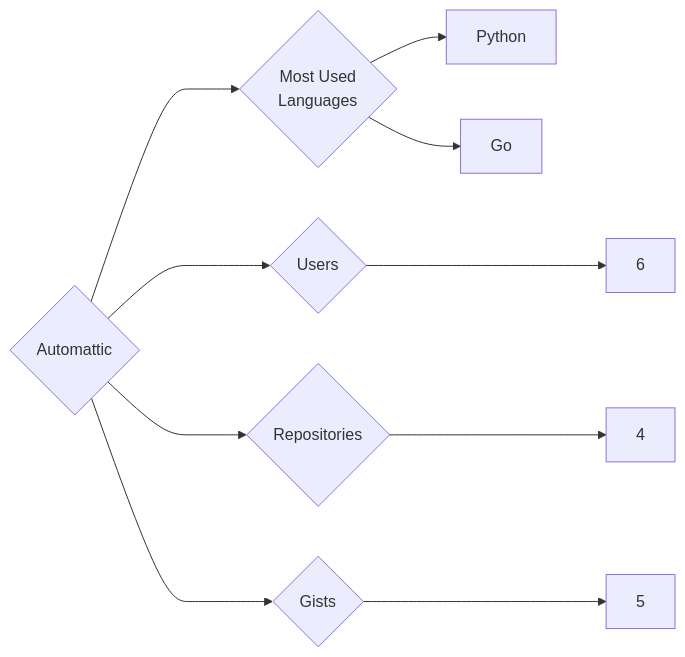
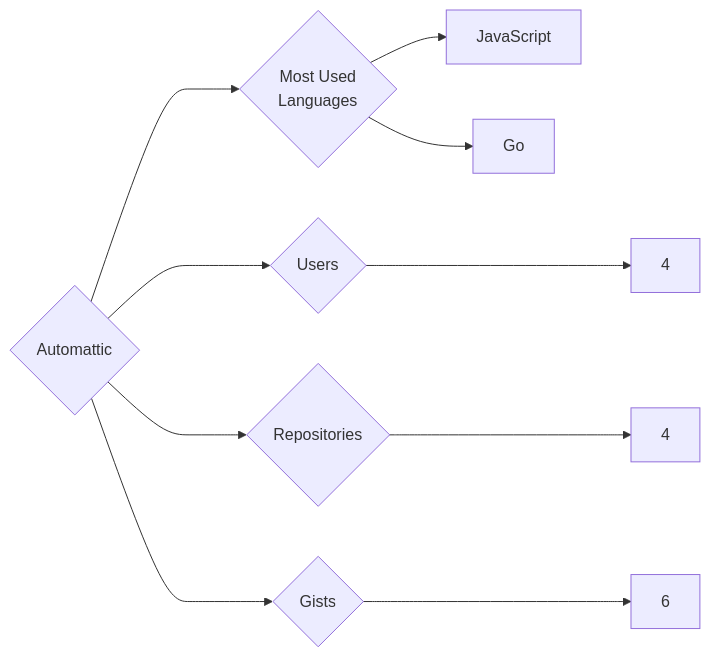
One commit to trickest/insiders changed the diagram in targets/Automattic/README.md. Above: the diagram before and after it, drawn with Mermaid. The commit also changed 1149 other files, not shown here.

````diff
--- a/targets/Automattic/README.md
+++ b/targets/Automattic/README.md
@@ -3,10 +3,10 @@
 ```mermaid
 graph LR
 COMPANY_NAME{Automattic}
-COMPANY_NAME ---> U{Users} ---> UN[6]
+COMPANY_NAME ---> U{Users} ---> UN[4]
 COMPANY_NAME ---> R{Repositories} ---> RN[4]
-COMPANY_NAME ---> G{Gists} ---> GN[5]
+COMPANY_NAME ---> G{Gists} ---> GN[6]
 COMPANY_NAME ---> ML{Most Used<br>Languages}
-ML --> Python[Python]
+ML --> JavaScript[JavaScript]
 ML --> Go[Go]
 ```
````
